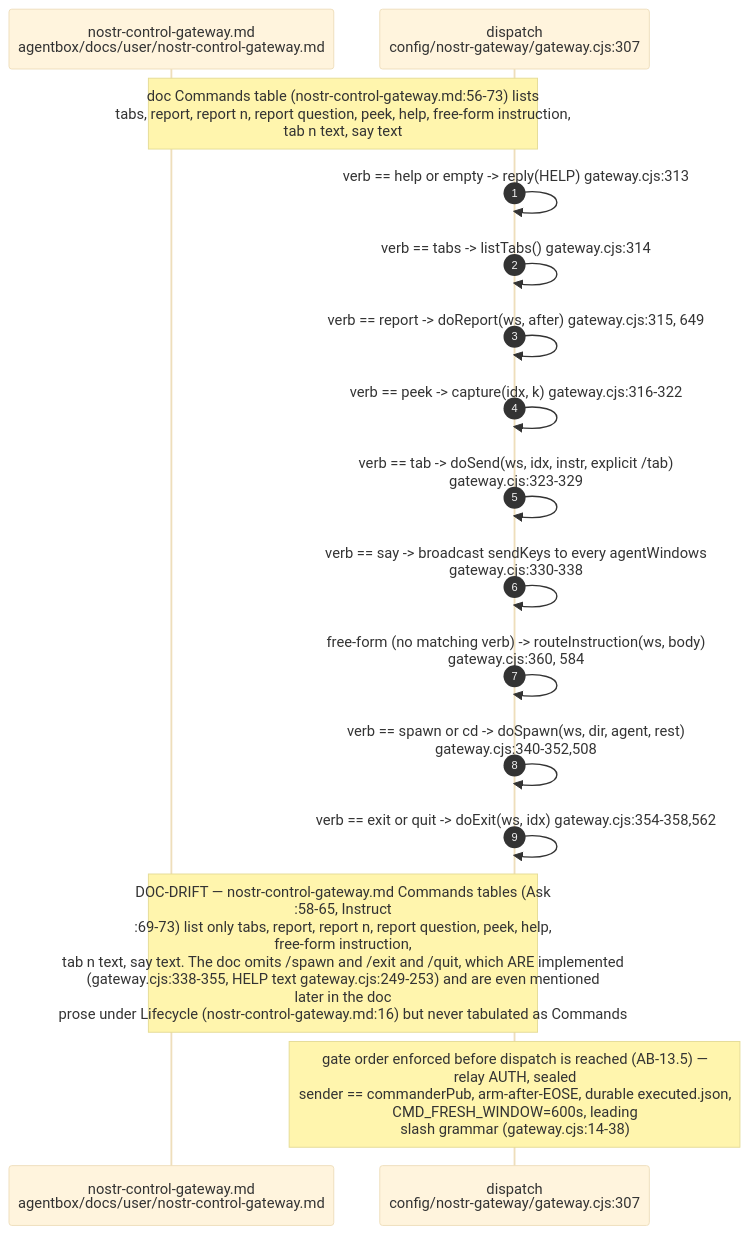
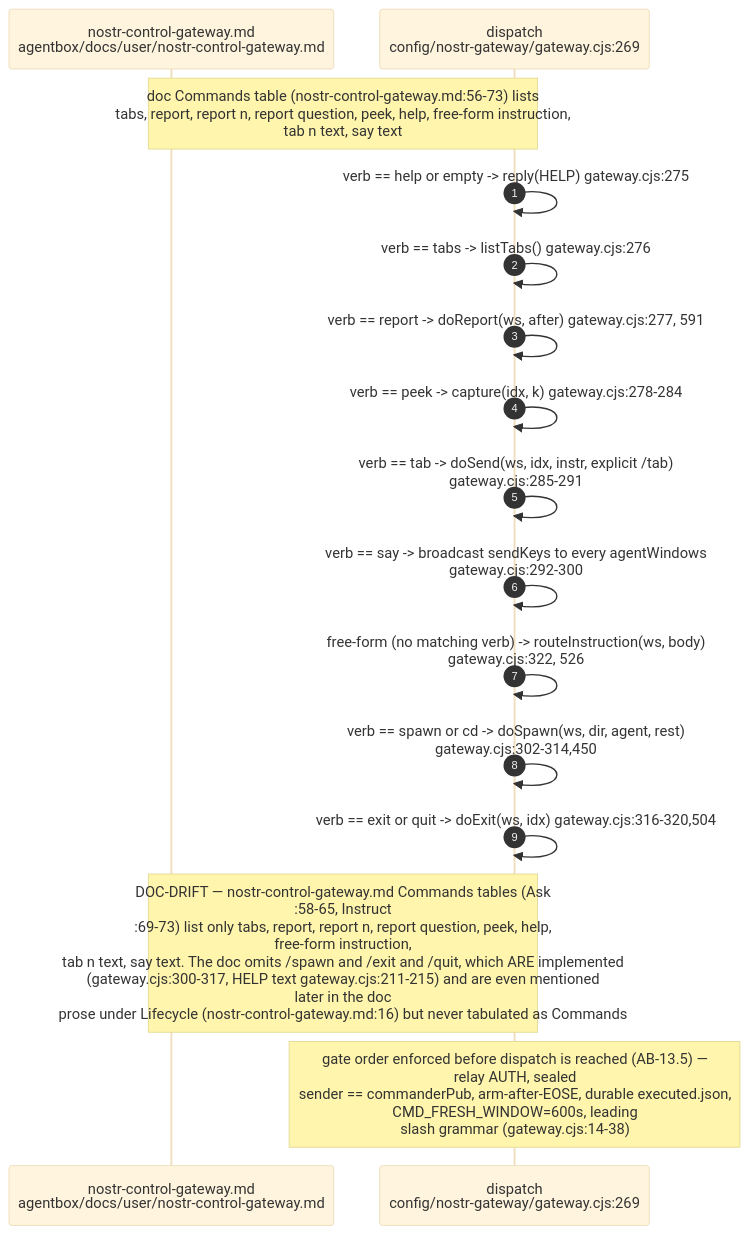
The tenth of 16 diagrams in docs/diagrams/agentbox/13-nostr-relay-gateway-bridge-mirror.md (DreamLab-AI/VisionFlow), drawn with Mermaid (base theme) before and after one commit. The commit also changed other lines of this file and 145 other files, not shown here.

````diff
--- a/docs/diagrams/agentbox/13-nostr-relay-gateway-bridge-mirror.md
+++ b/docs/diagrams/agentbox/13-nostr-relay-gateway-bridge-mirror.md
@@ -427,19 +431,19 @@
 ```mermaid
 sequenceDiagram
     autonumber
     participant DOC as nostr-control-gateway.md<br/>agentbox/docs/user/nostr-control-gateway.md
-    participant DISP as dispatch<br/>config/nostr-gateway/gateway.cjs:307
+    participant DISP as dispatch<br/>config/nostr-gateway/gateway.cjs:269
 
 Note over DOC,DISP: doc Commands table (nostr-control-gateway.md:56-73) lists<br/>tabs, report, report n, report question, peek, help, free-form instruction,<br/>tab n text, say text
-    DISP->>DISP: verb == help or empty -> reply(HELP) gateway.cjs:313
-    DISP->>DISP: verb == tabs -> listTabs() gateway.cjs:314
-    DISP->>DISP: verb == report -> doReport(ws, after) gateway.cjs:315, 649
-    DISP->>DISP: verb == peek -> capture(idx, k) gateway.cjs:316-322
-DISP->>DISP: verb == tab -> doSend(ws, idx, instr, explicit /tab)<br/>gateway.cjs:323-329
-DISP->>DISP: verb == say -> broadcast sendKeys to every agentWindows<br/>gateway.cjs:330-338
-DISP->>DISP: free-form (no matching verb) -> routeInstruction(ws, body)<br/>gateway.cjs:360, 584
-DISP->>DISP: verb == spawn or cd -> doSpawn(ws, dir, agent, rest)<br/>gateway.cjs:340-352,508
-    DISP->>DISP: verb == exit or quit -> doExit(ws, idx) gateway.cjs:354-358,562
-Note over DOC,DISP: DOC-DRIFT — nostr-control-gateway.md Commands tables (Ask<br/>:58-65, Instruct<br/>:69-73) list only tabs, report, report n, report question, peek, help,<br/>free-form instruction,<br/>tab n text, say text. The doc omits /spawn and /exit and /quit, which ARE implemented<br/>(gateway.cjs:338-355, HELP text gateway.cjs:249-253) and are even mentioned<br/>later in the doc<br/>prose under Lifecycle (nostr-control-gateway.md:16) but never tabulated as Commands
+    DISP->>DISP: verb == help or empty -> reply(HELP) gateway.cjs:275
+    DISP->>DISP: verb == tabs -> listTabs() gateway.cjs:276
+    DISP->>DISP: verb == report -> doReport(ws, after) gateway.cjs:277, 591
+    DISP->>DISP: verb == peek -> capture(idx, k) gateway.cjs:278-284
+DISP->>DISP: verb == tab -> doSend(ws, idx, instr, explicit /tab)<br/>gateway.cjs:285-291
+DISP->>DISP: verb == say -> broadcast sendKeys to every agentWindows<br/>gateway.cjs:292-300
+DISP->>DISP: free-form (no matching verb) -> routeInstruction(ws, body)<br/>gateway.cjs:322, 526
+DISP->>DISP: verb == spawn or cd -> doSpawn(ws, dir, agent, rest)<br/>gateway.cjs:302-314,450
+    DISP->>DISP: verb == exit or quit -> doExit(ws, idx) gateway.cjs:316-320,504
+Note over DOC,DISP: DOC-DRIFT — nostr-control-gateway.md Commands tables (Ask<br/>:58-65, Instruct<br/>:69-73) list only tabs, report, report n, report question, peek, help,<br/>free-form instruction,<br/>tab n text, say text. The doc omits /spawn and /exit and /quit, which ARE implemented<br/>(gateway.cjs:300-317, HELP text gateway.cjs:211-215) and are even mentioned<br/>later in the doc<br/>prose under Lifecycle (nostr-control-gateway.md:16) but never tabulated as Commands
 Note over DISP: gate order enforced before dispatch is reached (AB-13.5) —<br/>relay AUTH, sealed<br/>sender == commanderPub, arm-after-EOSE, durable executed.json,<br/>CMD_FRESH_WINDOW=600s, leading<br/>slash grammar (gateway.cjs:14-38)
 ```
````
